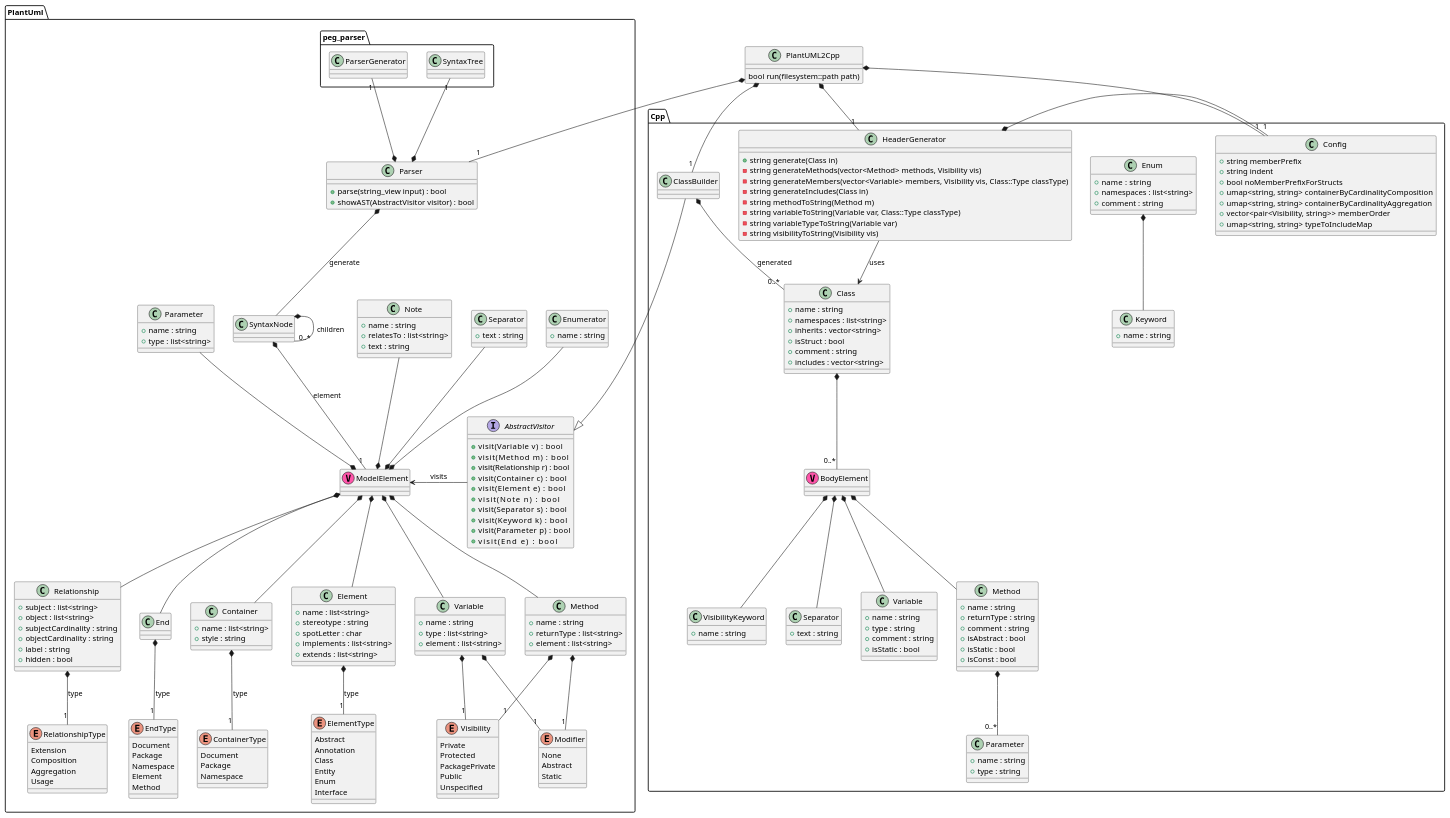
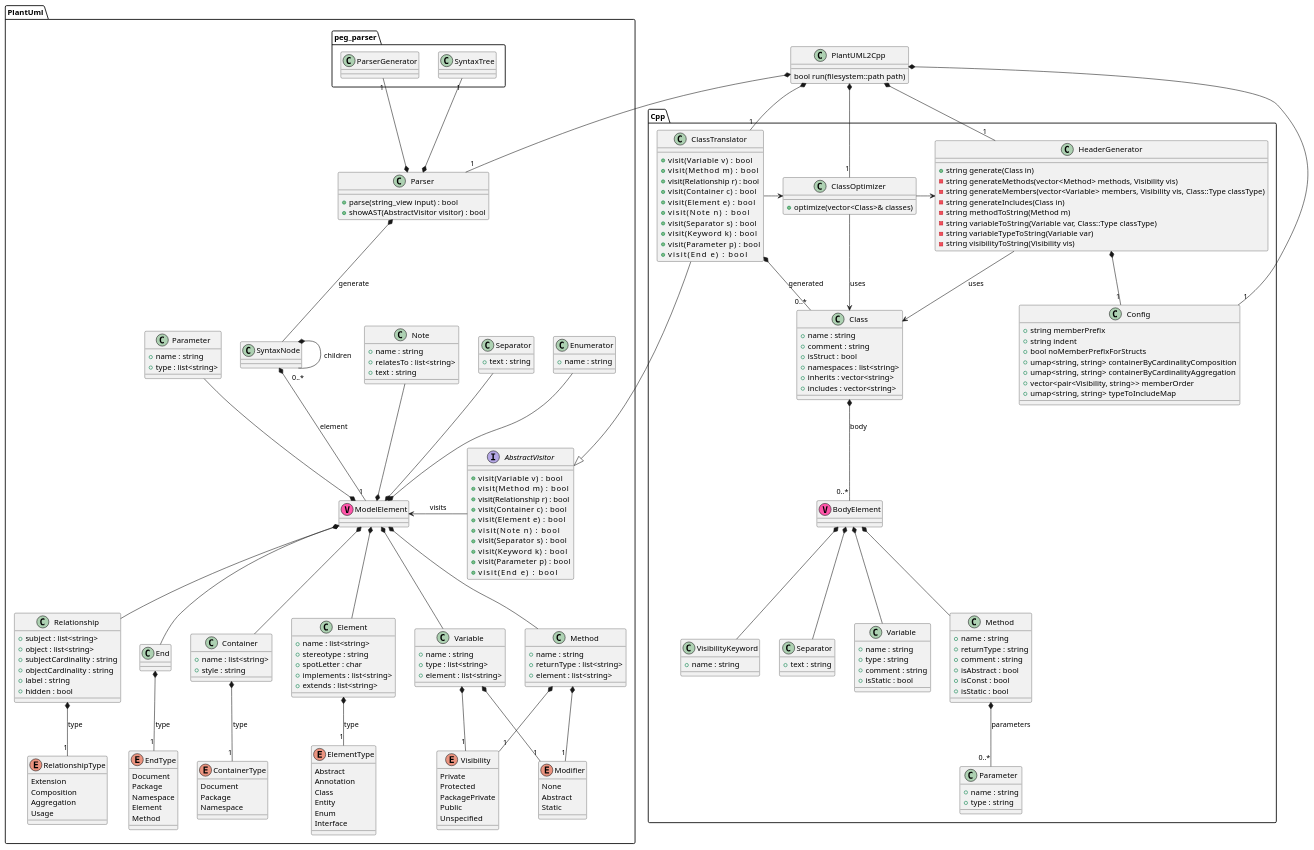
One commit to jteuber/PlantUML2Cpp changed the diagram in models/PlantUML2Cpp.puml. Above: the diagram before and after it, drawn with PlantUML. The commit also changed 6 other files, not shown here.

Commit message:
WIP: refactor ClassBuilder and HeaderGenerator.

```diff
--- a/models/PlantUML2Cpp.puml
+++ b/models/PlantUML2Cpp.puml
@@ -9,7 +9,8 @@
 }
 
 PlantUML2Cpp *-- "1" PlantUml.Parser
-PlantUML2Cpp *-- "1" Cpp.ClassBuilder
+PlantUML2Cpp *-- "1" Cpp.ClassTranslator
+PlantUML2Cpp *-- "1" Cpp.ClassOptimizer
 PlantUML2Cpp *-- "1" Cpp.HeaderGenerator
 PlantUML2Cpp *-- "1" Cpp.Config
 
@@ -155,11 +156,27 @@
     Parser *-up- "1" peg_parser.ParserGenerator
 }
 
-' TODO: go for Interpreter -> Optimizer -> CodeGenerator
+' TODO: go for Translator -> PostProcessor -> Optimizer -> CodeGenerator
 
 namespace Cpp {
 
-    class ClassBuilder
+    class ClassTranslator {
+        +visit(Variable v)     : bool
+        +visit(Method m)       : bool
+        +visit(Relationship r) : bool
+        +visit(Container c)    : bool
+        +visit(Element e)      : bool
+        +visit(Note n)         : bool
+        +visit(Separator s)    : bool
+        +visit(Keyword k)      : bool
+        +visit(Parameter p)    : bool
+        +visit(End e)          : bool
+    }
+    ClassTranslator --|> PlantUml.AbstractVisitor
+
+    class ClassOptimizer {
+        +optimize(vector<Class>& classes)
+    }
 
     class HeaderGenerator {
         +string generate(Class in)
@@ -184,10 +201,10 @@
 
     class Class {
         +name : string
+        +comment : string
+        +isStruct : bool
         +namespaces : list<string>
         +inherits : vector<string>
-        +isStruct : bool
-        +comment : string
         +includes : vector<string>
     }
     class BodyElement << (V,#FF55AA) >>
@@ -208,37 +225,40 @@
         +returnType : string
         +comment : string
         +isAbstract : bool
+        +isConst : bool
         +isStatic : bool
-        +isConst : bool
     }
     class Parameter {
         +name : string
         +type : string
     }
 
-    class Enum {
-        +name  : string
-        +namespaces : list<string>
-        +comment : string
-    }
-    class Keyword {
-        +name : string
-    }
+    ' class Enum {
+    '     +name  : string
+    '     +namespaces : list<string>
+    '     +comment : string
+    ' }
+    ' class Keyword {
+    '     +name : string
+    ' }
 
-    ClassBuilder --|> PlantUml.AbstractVisitor
+    
+    ClassOptimizer <- ClassTranslator
+    HeaderGenerator <- ClassOptimizer
 
-    Class *-- "0..*" BodyElement
+    Class *-- "0..*" BodyElement : body
     BodyElement *-- Method
     BodyElement *-- Variable
     BodyElement *-- VisibilityKeyword
     BodyElement *-- Separator
-    Method *-- "0..*" Parameter
+    Method *-- "0..*" Parameter : parameters
 
-    Enum *-- Keyword
+    ' Enum *-- Keyword
 
-    ClassBuilder *-- "0..*" Class : generated
+    ClassTranslator *-- "0..*" Class : generated
     HeaderGenerator --> Class : uses
-    HeaderGenerator *- "1" Config
+    ClassOptimizer --> Class : uses
+    HeaderGenerator *-- "1" Config
 }
 
 @enduml
```
